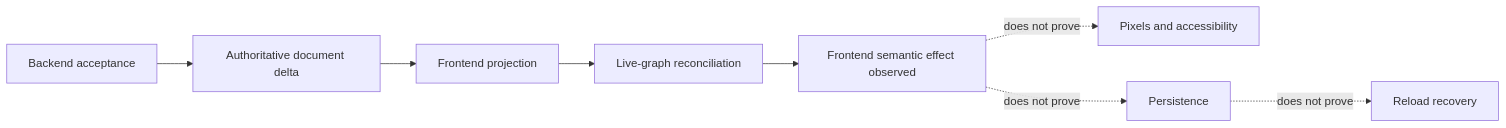
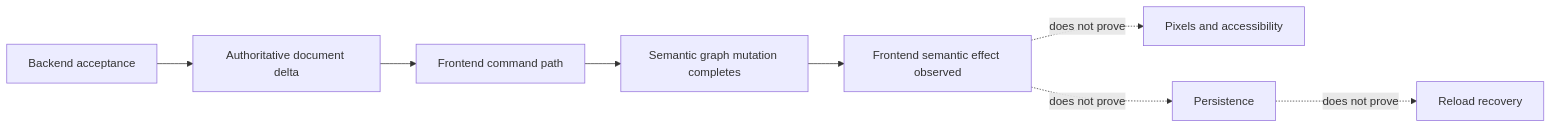
The first of 2 diagrams in docs/adr/AGENT-OBSERVABILITY-0034-frontend-journey-effect-contract.md (Comfy-Org/ComfyUI_frontend), drawn with Mermaid before and after one commit. The commit also changed other lines of this file, not shown here.

Commit message:
docs: define semantic-effect seam independent of reconciliation

````diff
--- a/docs/adr/AGENT-OBSERVABILITY-0034-frontend-journey-effect-contract.md
+++ b/docs/adr/AGENT-OBSERVABILITY-0034-frontend-journey-effect-contract.md
@@ -35,10 +35,10 @@
 ```mermaid
 flowchart LR
   A[Backend acceptance] --> B[Authoritative document delta]
-  B --> C[Frontend projection]
-  C --> D[Live-graph reconciliation]
+  B --> C[Frontend command path]
+  C --> D[Semantic graph mutation completes]
   D --> E[Frontend semantic effect observed]
   E -. does not prove .-> F[Pixels and accessibility]
   E -. does not prove .-> G[Persistence]
   G -. does not prove .-> H[Reload recovery]
 ```
````
